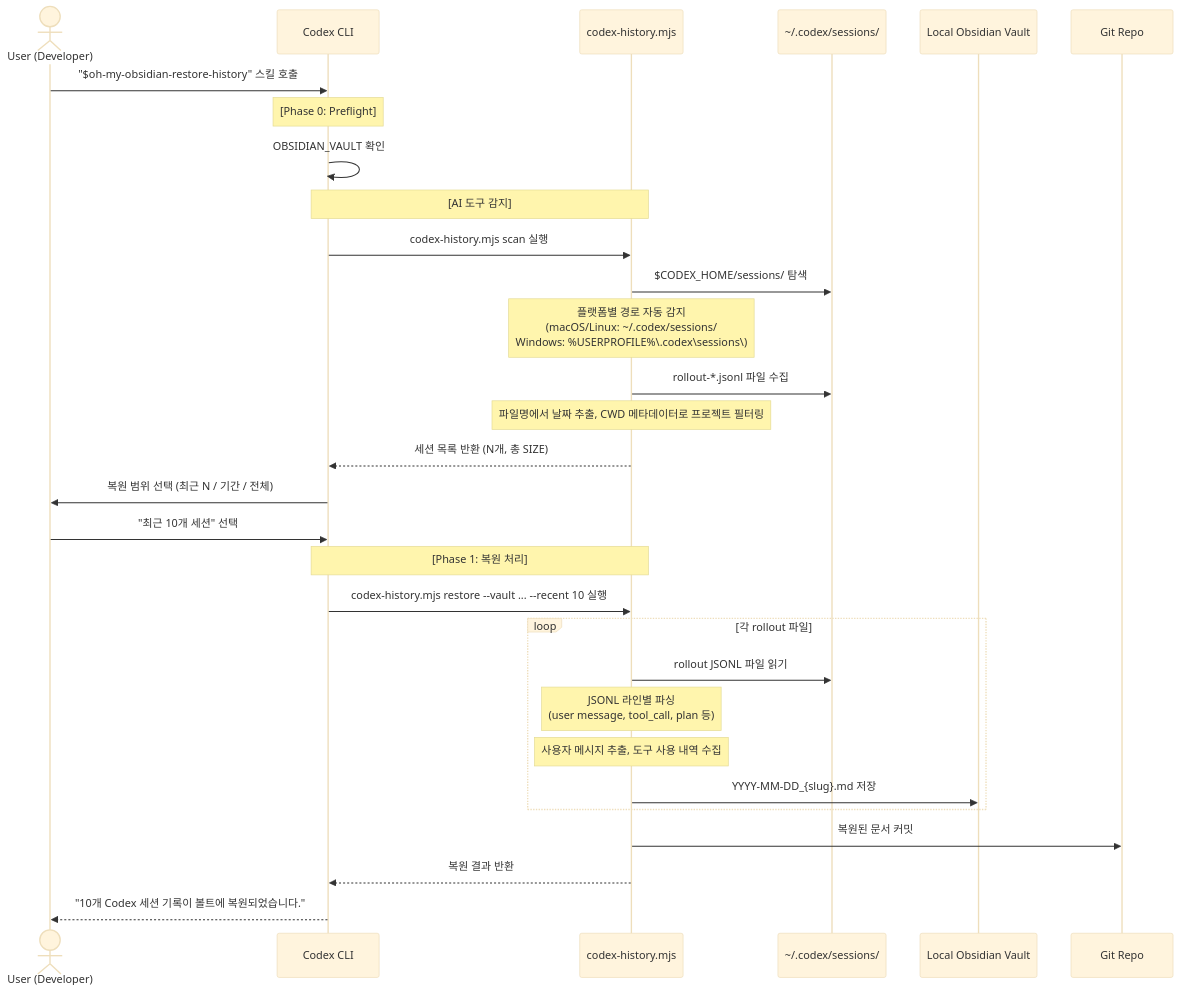
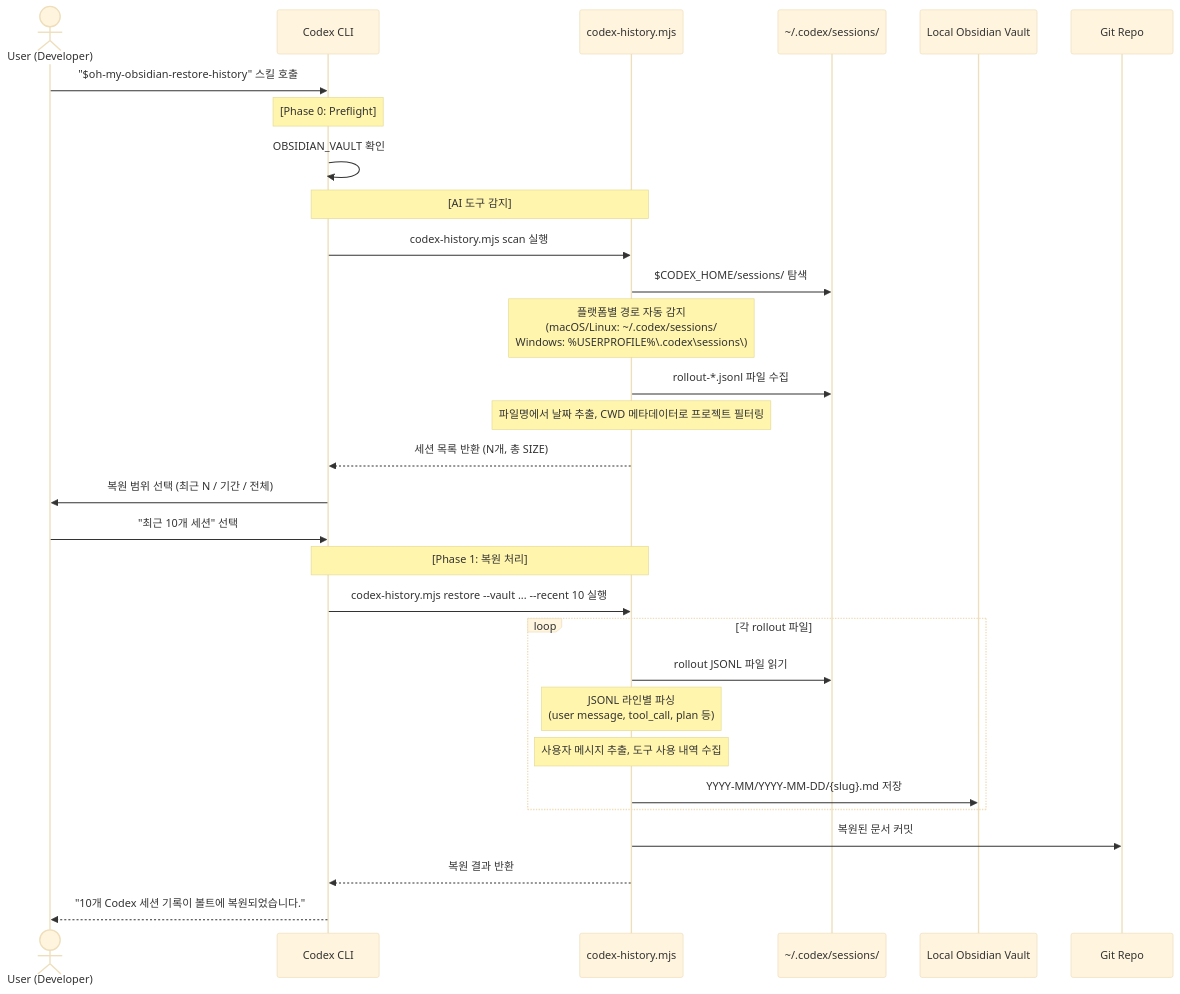
Before and after one commit to hongdangmoo49/oh-my-obsidian: the fourth of 4 diagrams in WORKFLOW.md, drawn with Mermaid (base theme). The commit also changed other lines of this file and 12 other files, not shown here.

````diff
--- a/WORKFLOW.md
+++ b/WORKFLOW.md
@@ -129,39 +129,39 @@
 ```mermaid
 sequenceDiagram
     actor Developer as User (Developer)
     participant Codex as Codex CLI
     participant Helper as codex-history.mjs
     participant CodexData as ~/.codex/sessions/
     participant LocalFS as Local Obsidian Vault
     participant Git as Git Repo
 
     Developer->>Codex: "$oh-my-obsidian-restore-history" 스킬 호출
     note over Codex: [Phase 0: Preflight]
     Codex->>Codex: OBSIDIAN_VAULT 확인
 
     note over Codex, Helper: [AI 도구 감지]
     Codex->>Helper: codex-history.mjs scan 실행
     Helper->>CodexData: $CODEX_HOME/sessions/ 탐색
     note over Helper: 플랫폼별 경로 자동 감지<br/>(macOS/Linux: ~/.codex/sessions/<br/>Windows: %USERPROFILE%\.codex\sessions\)
     Helper->>CodexData: rollout-*.jsonl 파일 수집
     note over Helper: 파일명에서 날짜 추출, CWD 메타데이터로 프로젝트 필터링
     Helper-->>Codex: 세션 목록 반환 (N개, 총 SIZE)
 
     Codex->>Developer: 복원 범위 선택 (최근 N / 기간 / 전체)
     Developer->>Codex: "최근 10개 세션" 선택
 
     note over Codex, Helper: [Phase 1: 복원 처리]
     Codex->>Helper: codex-history.mjs restore --vault ... --recent 10 실행
 
     loop 각 rollout 파일
         Helper->>CodexData: rollout JSONL 파일 읽기
         note over Helper: JSONL 라인별 파싱<br/>(user message, tool_call, plan 등)
         note over Helper: 사용자 메시지 추출, 도구 사용 내역 수집
-        Helper->>LocalFS: YYYY-MM-DD_{slug}.md 저장
+        Helper->>LocalFS: YYYY-MM/YYYY-MM-DD/{slug}.md 저장
     end
 
     Helper->>Git: 복원된 문서 커밋
     Helper-->>Codex: 복원 결과 반환
 
     Codex-->>Developer: "10개 Codex 세션 기록이 볼트에 복원되었습니다."
 ```
````
